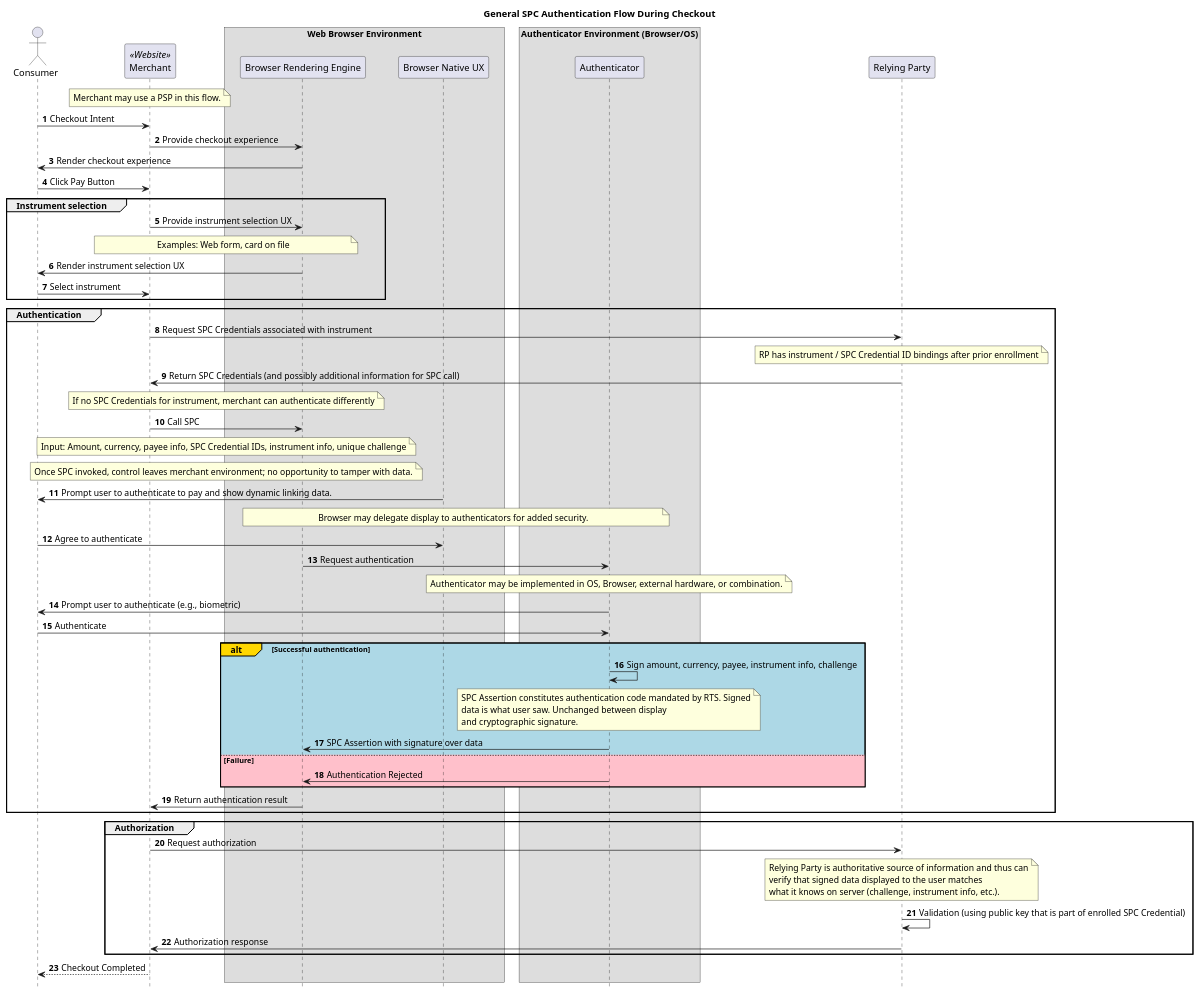
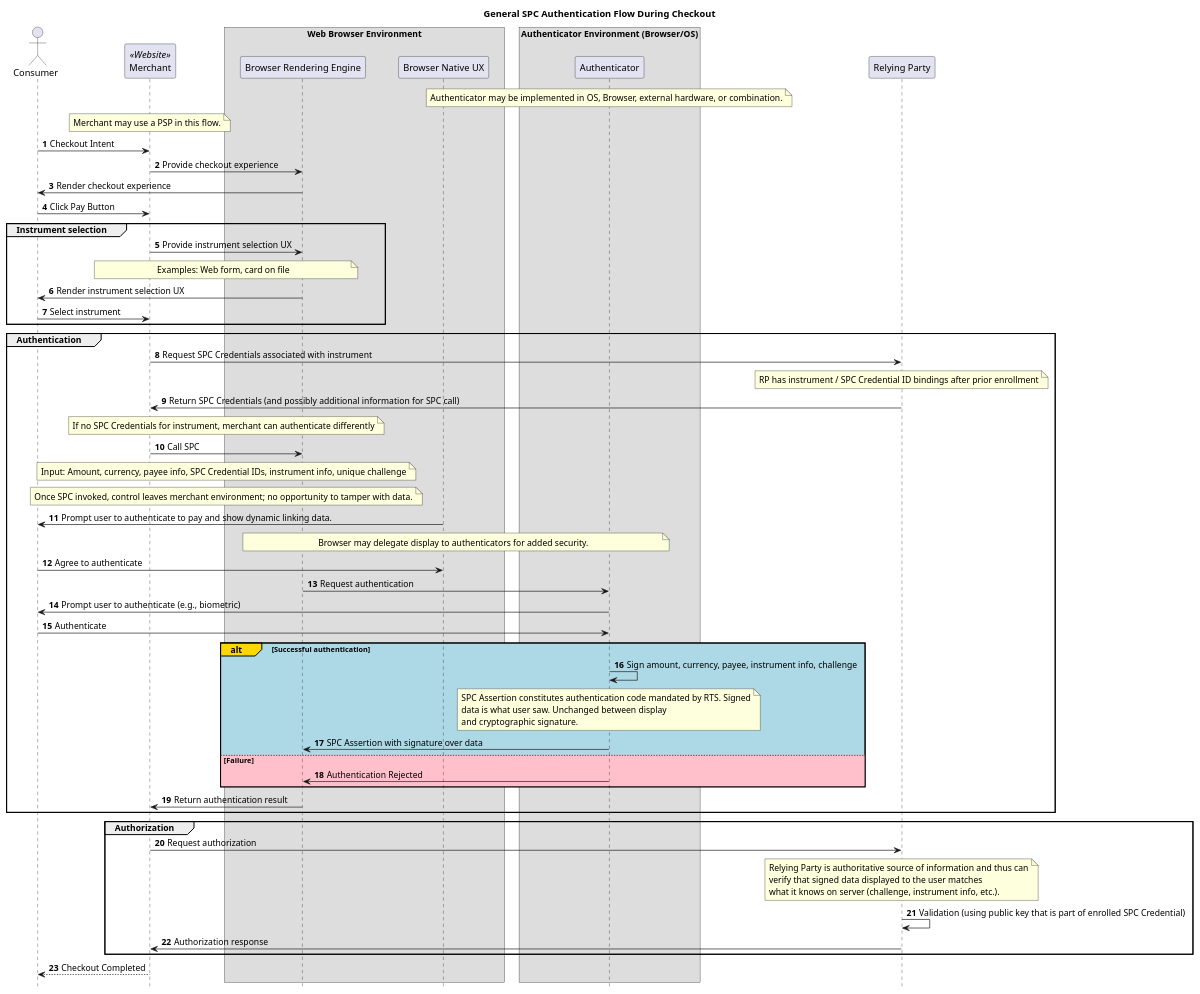
One commit to w3c/wpsig changed the diagram in spc-general.puml. Above: the diagram before and after it, drawn with PlantUML. The commit also changed 1 other file, not shown here.

```diff
--- a/spc-general.puml
+++ b/spc-general.puml
@@ -1,91 +1,92 @@
 @startuml
 
 autonumber
 hide footbox
 skinparam ParticipantPadding 20
 skinparam BoxPadding 10
 
 title General SPC Authentication Flow During Checkout
 
 actor Consumer as Consumer
 participant Merchant as Merchant <<Website>>
 
 box "Web Browser Environment"
   participant "Browser Rendering Engine" as Browser
   participant "Browser Native UX" as Native
 end box
 
 box "Authenticator Environment (Browser/OS)"
   participant "Authenticator"
 end box
 
 participant "Relying Party" as RP
+
+note over Authenticator
+  Authenticator may be implemented in OS, Browser, external hardware, or combination.
+end note
 
 note over Merchant
   Merchant may use a PSP in this flow.
 end note
 Consumer->Merchant: Checkout Intent
 Merchant->Browser: Provide checkout experience
 Browser->Consumer: Render checkout experience
 Consumer->Merchant: Click Pay Button
 group Instrument selection
 Merchant->Browser: Provide instrument selection UX
 note over Merchant, Browser
   Examples: Web form, card on file
 end note
 Browser->Consumer: Render instrument selection UX
 Consumer->Merchant: Select instrument
 end group
 group Authentication
 Merchant->RP: Request SPC Credentials associated with instrument
 note over RP
   RP has instrument / SPC Credential ID bindings after prior enrollment
 end note
 RP->Merchant: Return SPC Credentials (and possibly additional information for SPC call)
 note over Merchant, Browser
   If no SPC Credentials for instrument, merchant can authenticate differently
 end note
 Merchant->Browser: Call SPC
 note over Merchant, Browser
   Input: Amount, currency, payee info, SPC Credential IDs, instrument info, unique challenge
 end note
 note over Merchant, Browser
   Once SPC invoked, control leaves merchant environment; no opportunity to tamper with data.
 end note
 Native->Consumer: Prompt user to authenticate to pay and show dynamic linking data.
 note over Browser, Authenticator
   Browser may delegate display to authenticators for added security.
 end note
 Consumer->Native: Agree to authenticate
 Browser->Authenticator: Request authentication
-note over Authenticator
-  Authenticator may be implemented in OS, Browser, external hardware, or combination.
-end note
 Authenticator->Consumer: Prompt user to authenticate (e.g., biometric)
 Consumer->Authenticator: Authenticate
 alt#Gold #LightBlue Successful authentication
     Authenticator->Authenticator: Sign amount, currency, payee, instrument info, challenge
     note over Authenticator
        SPC Assertion constitutes authentication code mandated by RTS. Signed
        data is what user saw. Unchanged between display
        and cryptographic signature.
     end note
     Authenticator -> Browser: SPC Assertion with signature over data
 else #Pink Failure
     Authenticator -> Browser: Authentication Rejected
 end
 Browser->Merchant: Return authentication result
 end group
 group Authorization
 Merchant->RP: Request authorization
 note over RP
   Relying Party is authoritative source of information and thus can
   verify that signed data displayed to the user matches
   what it knows on server (challenge, instrument info, etc.).
 end note
 RP->RP: Validation (using public key that is part of enrolled SPC Credential)
 RP->Merchant: Authorization response
 end group
 Merchant-->Consumer: Checkout Completed
 
 @enduml
```
